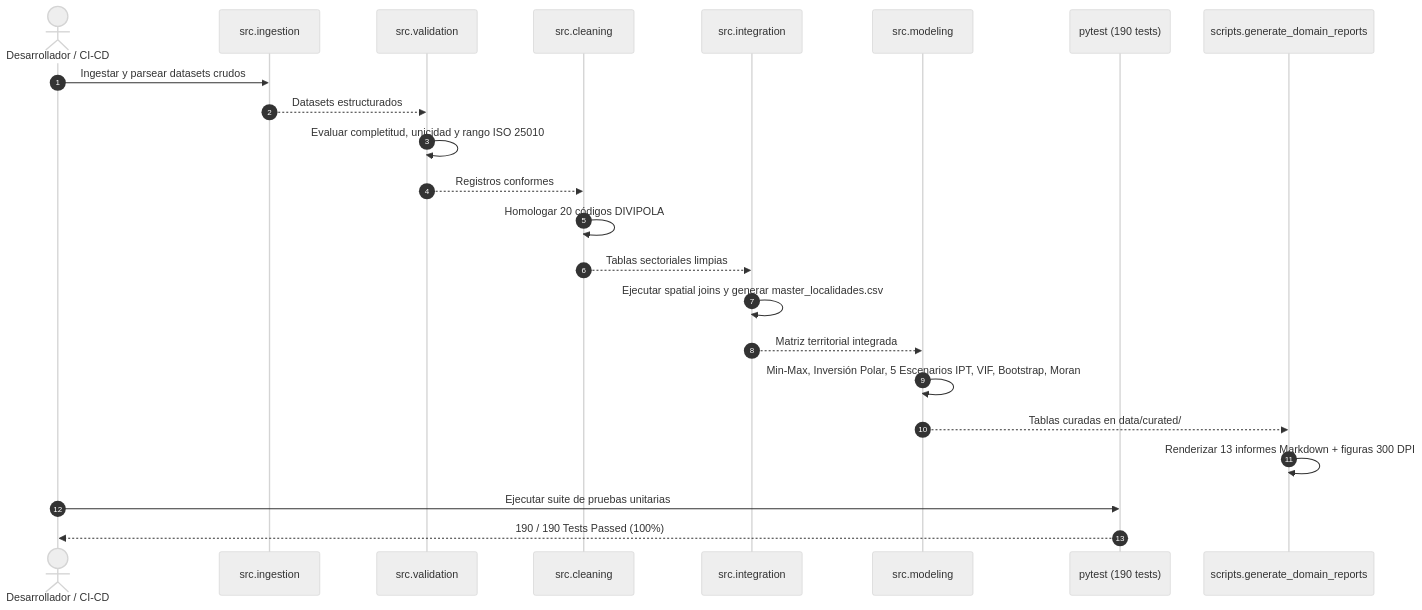
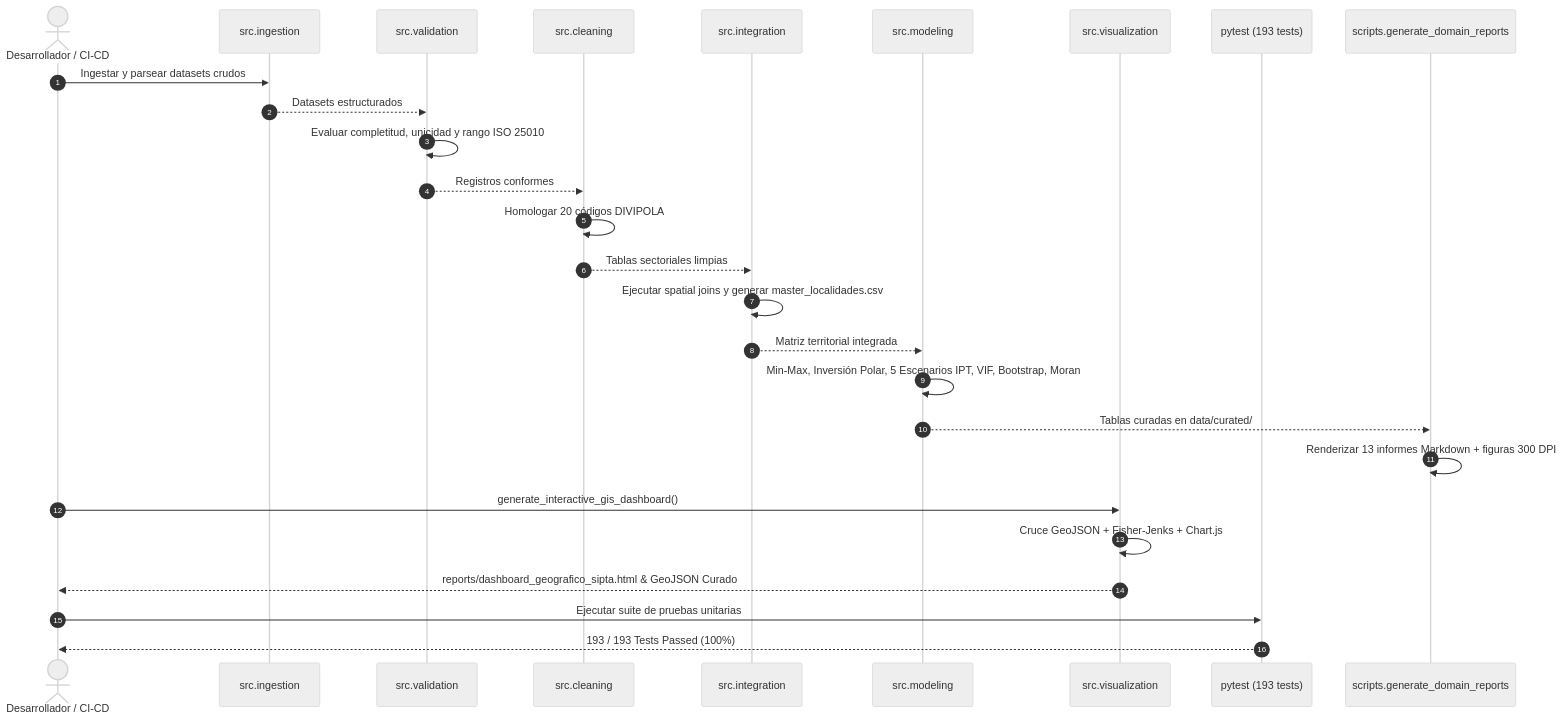
One commit to adansanchezc1-spec/DataJam_DataOlinguitos_Gen changed the second of 2 diagrams in docs/02-architecture/architecture.md. Above: the diagram before and after it, drawn with Mermaid (neutral theme). The commit also changed other lines of this file and 72 other files, not shown here.

First line of the commit message:
feat(viz,docs): implement Web GIS dashboard with HCI protocols, unify to v1.0.0, and restructure documentation

````diff
--- a/docs/02-architecture/architecture.md
+++ b/docs/02-architecture/architecture.md
@@ -62,26 +66,30 @@
 ```mermaid
 sequenceDiagram
     autonumber
     actor CLI as Desarrollador / CI-CD
     participant Ingest as src.ingestion
     participant Val as src.validation
     participant Clean as src.cleaning
     participant Int as src.integration
     participant Model as src.modeling
-    participant Test as pytest (190 tests)
+    participant Viz as src.visualization
+    participant Test as pytest (193 tests)
     participant Rep as scripts.generate_domain_reports
 
     CLI->>Ingest: Ingestar y parsear datasets crudos
     Ingest-->>Val: Datasets estructurados
     Val->>Val: Evaluar completitud, unicidad y rango ISO 25010
     Val-->>Clean: Registros conformes
     Clean->>Clean: Homologar 20 códigos DIVIPOLA
     Clean-->>Int: Tablas sectoriales limpias
     Int->>Int: Ejecutar spatial joins y generar master_localidades.csv
     Int-->>Model: Matriz territorial integrada
     Model->>Model: Min-Max, Inversión Polar, 5 Escenarios IPT, VIF, Bootstrap, Moran
     Model-->>Rep: Tablas curadas en data/curated/
     Rep->>Rep: Renderizar 13 informes Markdown + figuras 300 DPI
+    CLI->>Viz: generate_interactive_gis_dashboard()
+    Viz->>Viz: Cruce GeoJSON + Fisher-Jenks + Chart.js
+    Viz-->>CLI: reports/dashboard_geografico_sipta.html & GeoJSON Curado
     CLI->>Test: Ejecutar suite de pruebas unitarias
-    Test-->>CLI: 190 / 190 Tests Passed (100%)
+    Test-->>CLI: 193 / 193 Tests Passed (100%)
 ```
````
